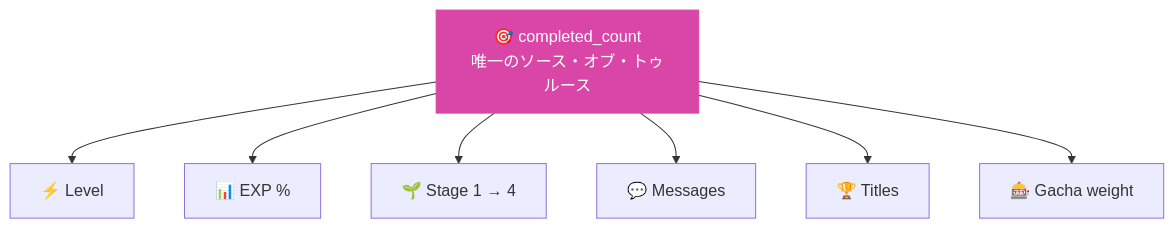
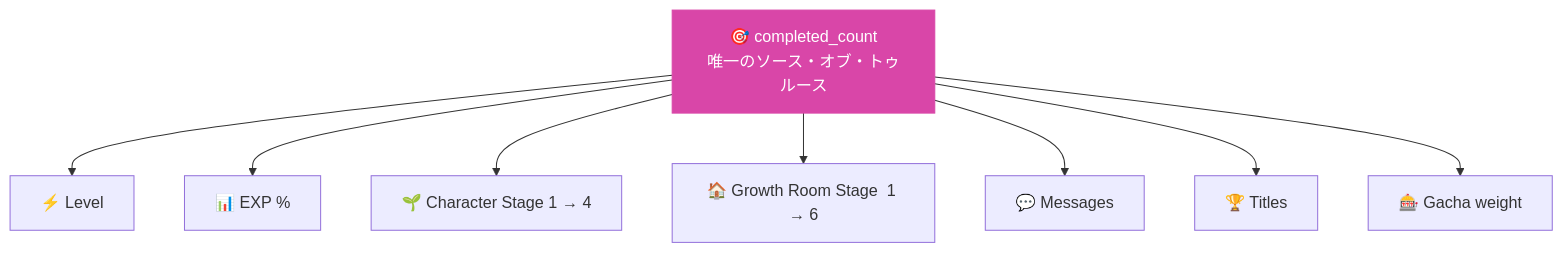
The diagram in README.md (mize1978/rewardme), drawn with Mermaid before and after one commit. The commit also changed other lines of this file and 3 other files, not shown here.

````diff
--- a/README.md
+++ b/README.md
@@ -44,13 +45,14 @@
 ```mermaid
 graph TD
     CC["🎯 completed_count<br/>唯一のソース・オブ・トゥルース"]
 
     CC --> LV["⚡ Level"]
     CC --> EX["📊 EXP %"]
-    CC --> ST["🌱 Stage  1 → 4"]
+    CC --> ST["🌱 Character Stage  1 → 4"]
+    CC --> RS["🏠 Growth Room Stage  1 → 6"]
     CC --> MS["💬 Messages"]
     CC --> TL["🏆 Titles"]
     CC --> GC["🎰 Gacha weight"]
 
     style CC fill:#d946a8,color:#fff,stroke:#d946a8
 ```
````
